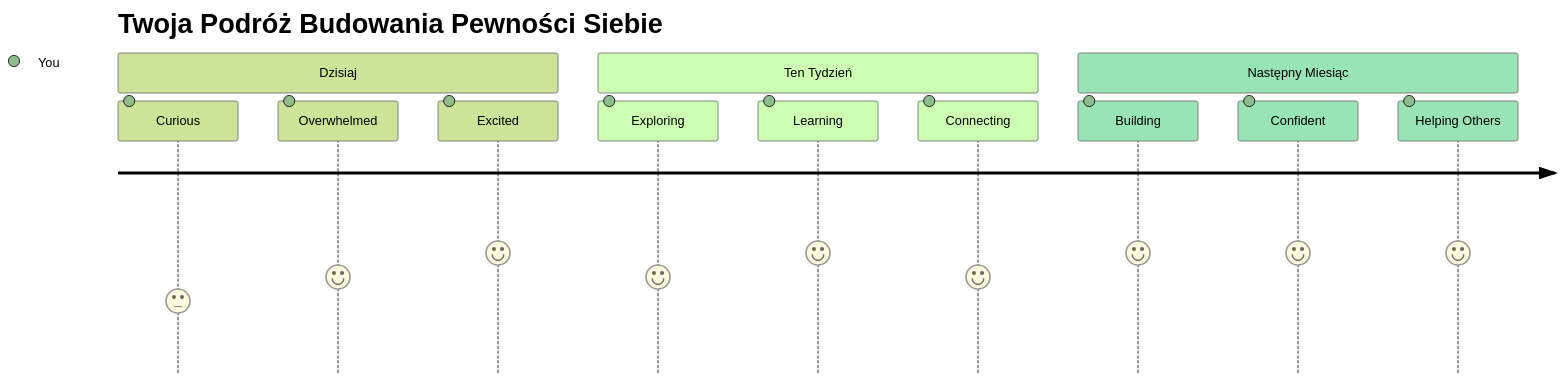
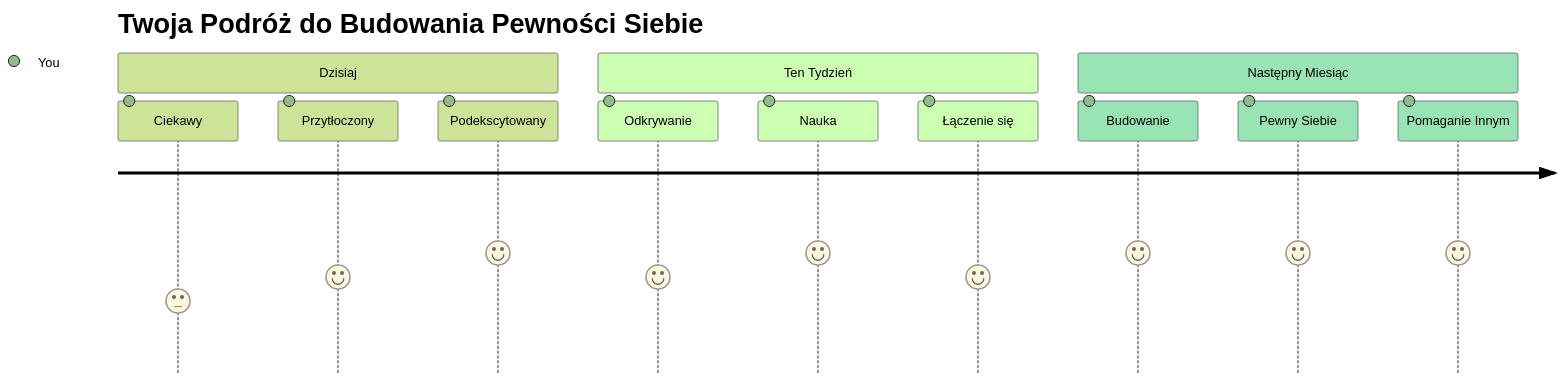
Before and after one commit to microsoft/Web-Dev-For-Beginners: the seventh of 7 diagrams in translations/pl/1-getting-started-lessons/1-intro-to-programming-languages/README.md, drawn with Mermaid (forest theme). The commit also changed other lines of this file and 8 other files, not shown here.

````diff
--- a/translations/pl/1-getting-started-lessons/1-intro-to-programming-languages/README.md
+++ b/translations/pl/1-getting-started-lessons/1-intro-to-programming-languages/README.md
@@ -833,16 +833,16 @@
 ```mermaid
 journey
-    title Twoja Podróż Budowania Pewności Siebie
+    title Twoja Podróż do Budowania Pewności Siebie
     section Dzisiaj
-      Curious: 3: You
-      Overwhelmed: 4: You
-      Excited: 5: You
+      Ciekawy: 3: You
+      Przytłoczony: 4: You
+      Podekscytowany: 5: You
     section Ten Tydzień
-      Exploring: 4: You
-      Learning: 5: You
-      Connecting: 4: You
+      Odkrywanie: 4: You
+      Nauka: 5: You
+      Łączenie się: 4: You
     section Następny Miesiąc
-      Building: 5: You
-      Confident: 5: You
-      Helping Others: 5: You
+      Budowanie: 5: You
+      Pewny Siebie: 5: You
+      Pomaganie Innym: 5: You
 ```
````
